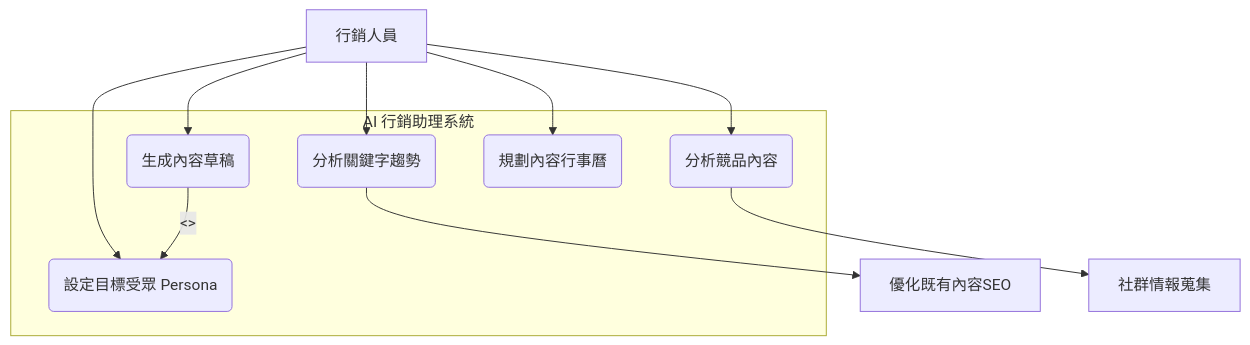
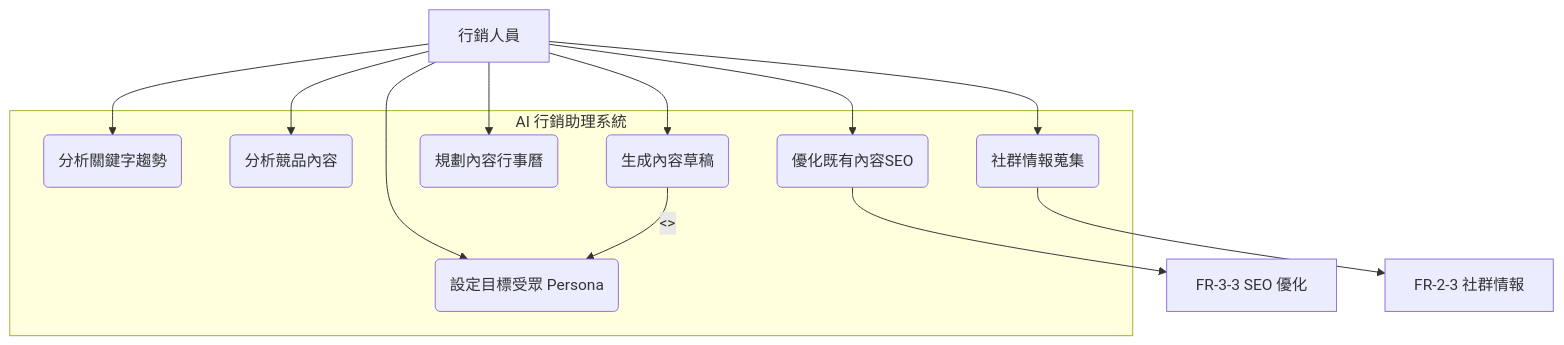
One commit to zombie942018/groupwork changed the second of 2 diagrams in hw3.md. Above: the diagram before and after it, drawn with Mermaid. The commit also changed other lines of this file, not shown here.

````diff
--- a/hw3.md
+++ b/hw3.md
@@ -74,20 +78,24 @@
 ```mermaid
 graph TD
     subgraph AI 行銷助理系統
         UC1(分析關鍵字趨勢)
         UC2(分析競品內容)
         UC3(生成內容草稿)
         UC4(規劃內容行事曆)
         UC5(設定目標受眾 Persona)
+        UC6(優化既有內容SEO)
+        UC7(社群情報蒐集)
     end
 
     Actor[行銷人員] --> UC1
     Actor --> UC2
     Actor --> UC3
     Actor --> UC4
     Actor --> UC5
+    Actor --> UC6
+    Actor --> UC7
 
-    UC1 --> ExtAPI1["優化既有內容SEO"]
-    UC2 --> ExtAPI2["社群情報蒐集"]
+    UC6 --> ExtAPI1[FR-3-3 SEO 優化]
+    UC7 --> ExtAPI2[FR-2-3 社群情報]
     UC3 -- "<<include>>" --> UC5
 ```
````
